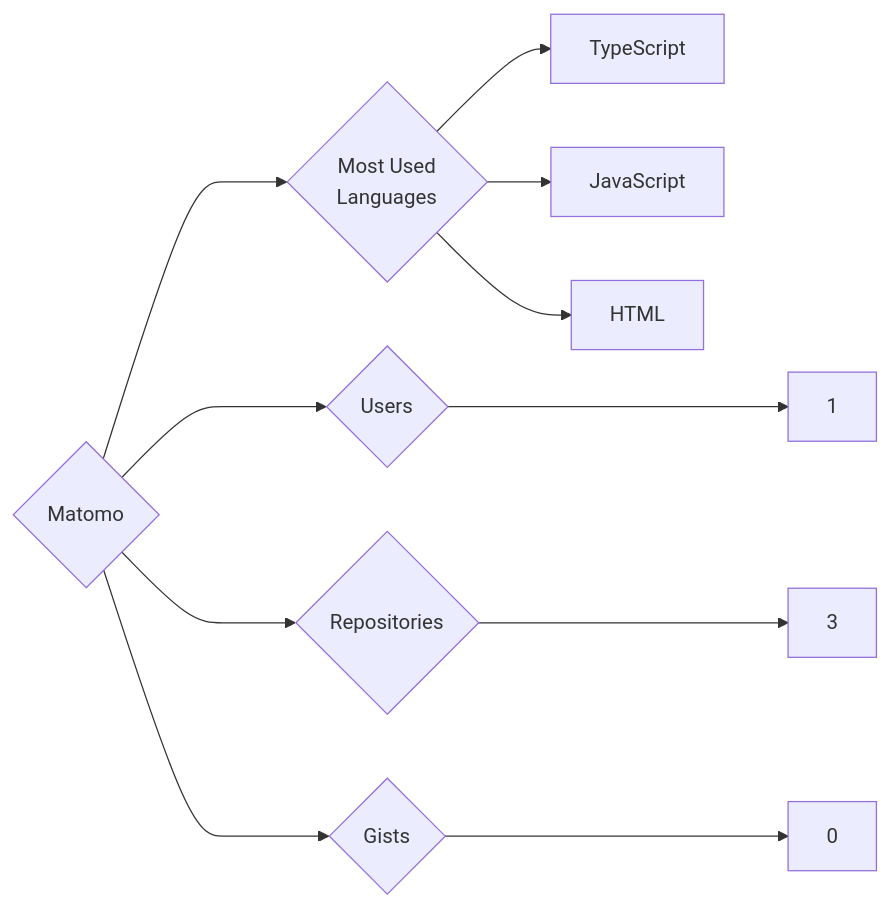
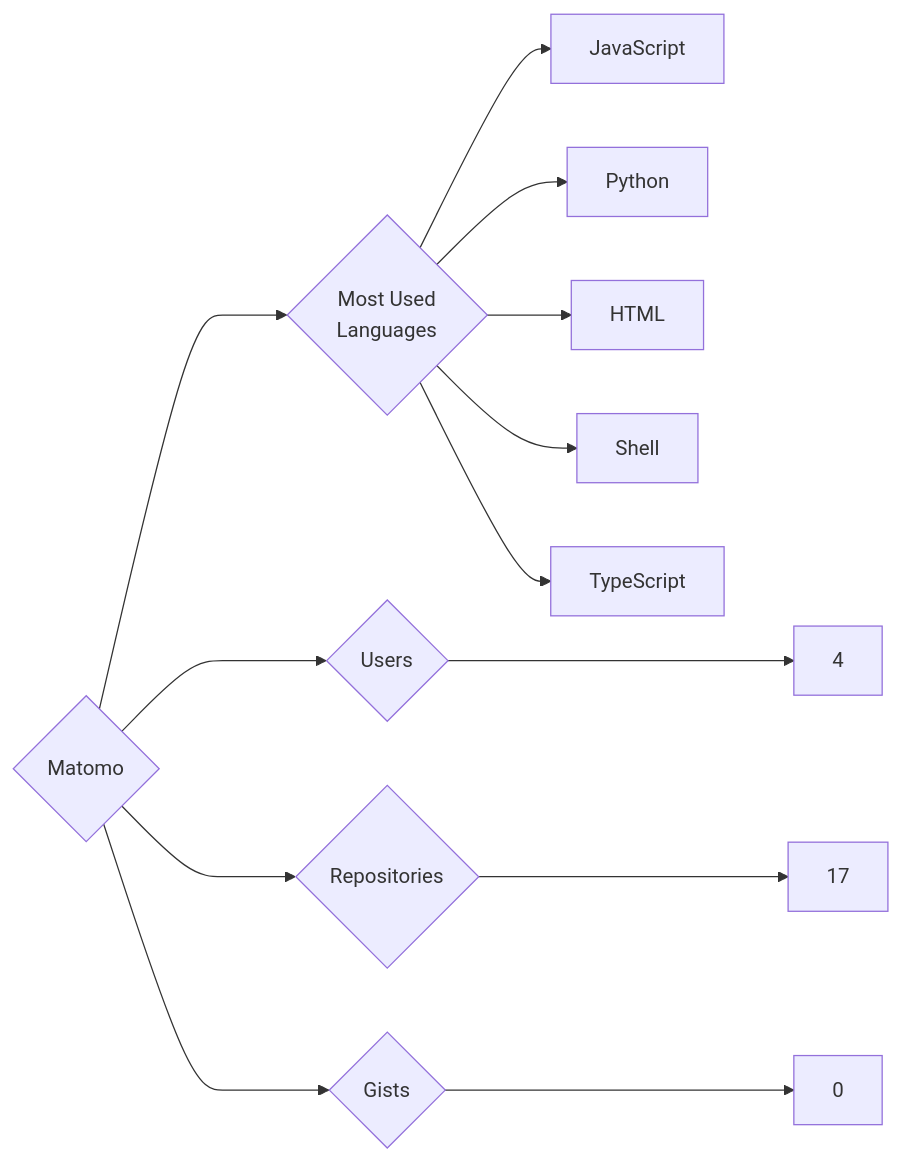
One commit to trickest/insiders changed the diagram in targets/Matomo/README.md. Above: the diagram before and after it, drawn with Mermaid. The commit also changed 984 other files, not shown here.

````diff
--- a/targets/Matomo/README.md
+++ b/targets/Matomo/README.md
@@ -3,11 +3,13 @@
 ```mermaid
 graph LR
 COMPANY_NAME{Matomo}
-COMPANY_NAME ---> U{Users} ---> UN[1]
-COMPANY_NAME ---> R{Repositories} ---> RN[3]
+COMPANY_NAME ---> U{Users} ---> UN[4]
+COMPANY_NAME ---> R{Repositories} ---> RN[17]
 COMPANY_NAME ---> G{Gists} ---> GN[0]
 COMPANY_NAME ---> ML{Most Used<br>Languages}
+ML --> JavaScript[JavaScript]
+ML --> Python[Python]
+ML --> HTML[HTML]
+ML --> Shell[Shell]
 ML --> TypeScript[TypeScript]
-ML --> JavaScript[JavaScript]
-ML --> HTML[HTML]
 ```
````
